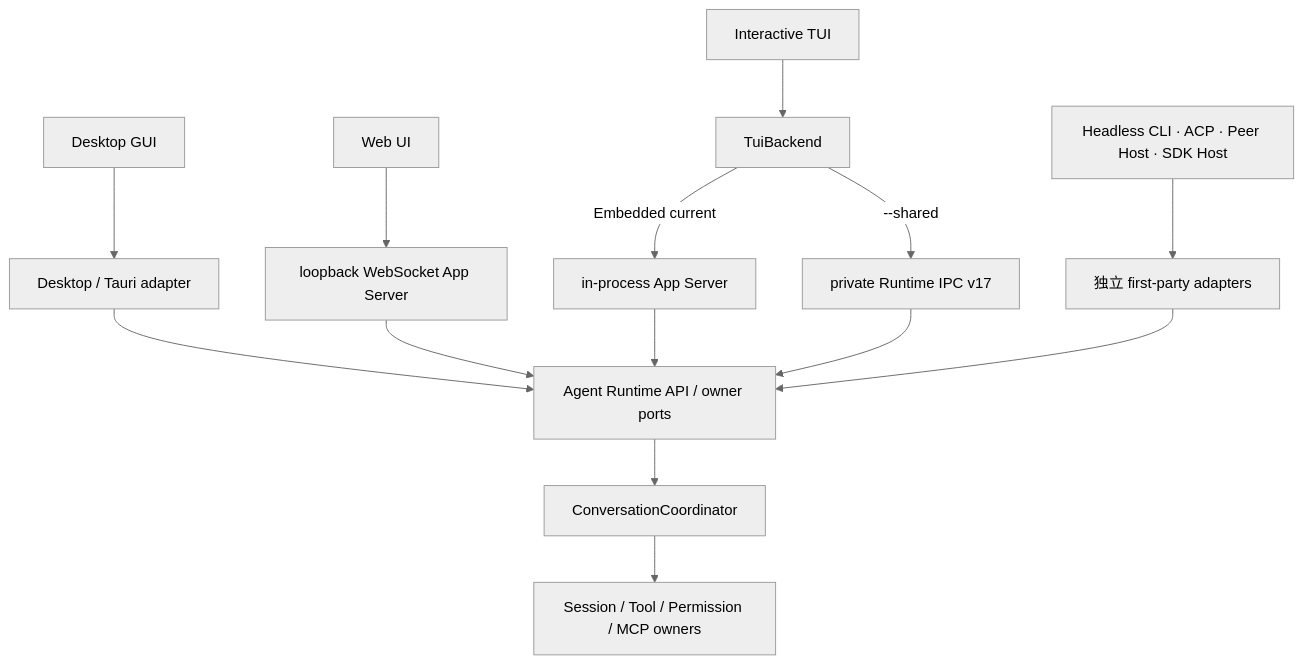
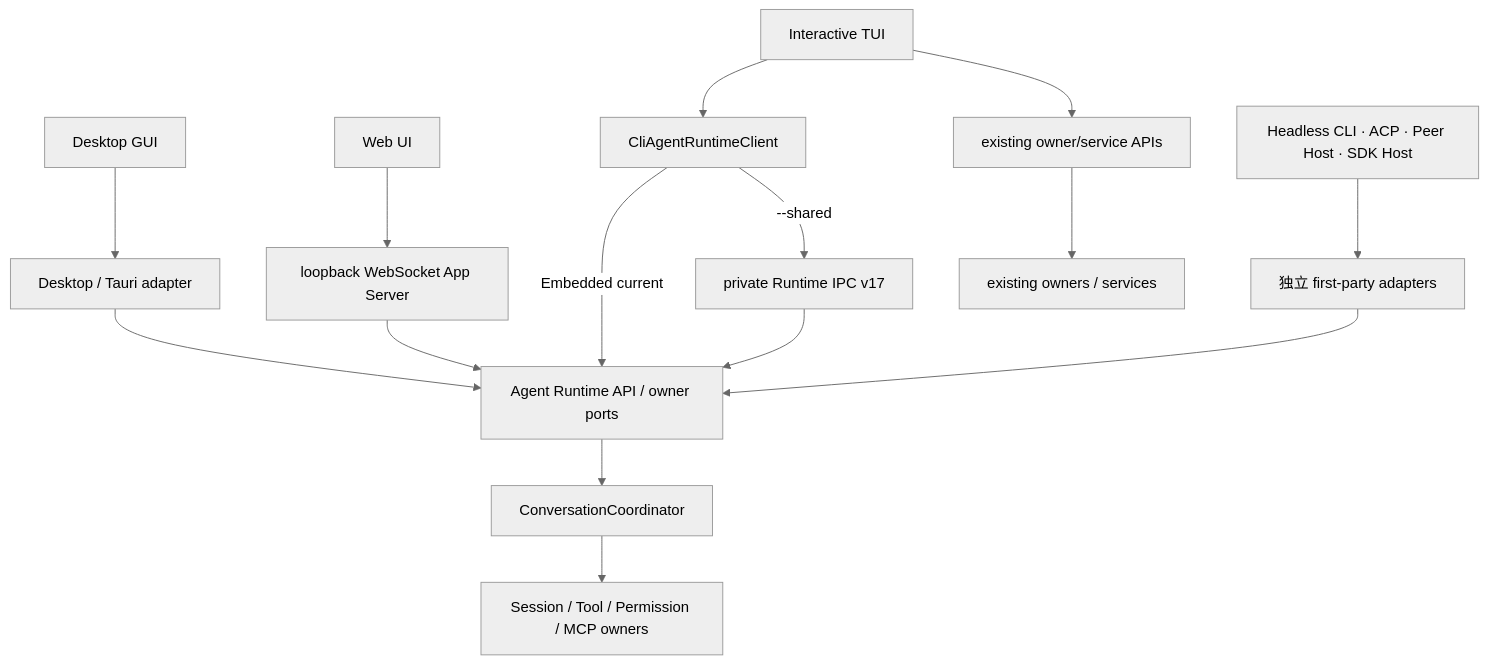
The first of 17 diagrams in docs/architecture/agent-runtime-deployment-design.md (1688mengdie/BitFun), drawn with Mermaid (neutral theme) before and after one commit. The commit also changed other lines of this file and 71 other files, not shown here.

Commit message:
refactor(cli): decouple TUI runtime from app server

````diff
--- a/docs/architecture/agent-runtime-deployment-design.md
+++ b/docs/architecture/agent-runtime-deployment-design.md
@@ -17,16 +17,17 @@
 ```mermaid
 flowchart TB
   Desktop["Desktop GUI"] --> DesktopAdapter["Desktop / Tauri adapter"]
   Web["Web UI"] --> WebAS["loopback WebSocket App Server"]
-  TUI["Interactive TUI"] --> Backend["TuiBackend"]
-  Backend -->|"Embedded current"| EmbeddedAS["in-process App Server"]
-  Backend -->|"--shared"| SharedIPC["private Runtime IPC v17"]
+  TUI["Interactive TUI"] --> RuntimeClient["CliAgentRuntimeClient"]
+  RuntimeClient -->|"Embedded current"| API
+  RuntimeClient -->|"--shared"| SharedIPC["private Runtime IPC v17"]
+  TUI --> OwnerApis["existing owner/service APIs"]
+  OwnerApis --> DomainOwners["existing owners / services"]
   Other["Headless CLI · ACP · Peer Host · SDK Host"] --> Adapter["独立 first-party adapters"]
   DesktopAdapter --> API["Agent Runtime API / owner ports"]
   WebAS --> API
-  EmbeddedAS --> API
   SharedIPC --> API
   Adapter --> API
   API --> Coordinator["ConversationCoordinator"]
   Coordinator --> Owners["Session / Tool / Permission / MCP owners"]
 ```
````
